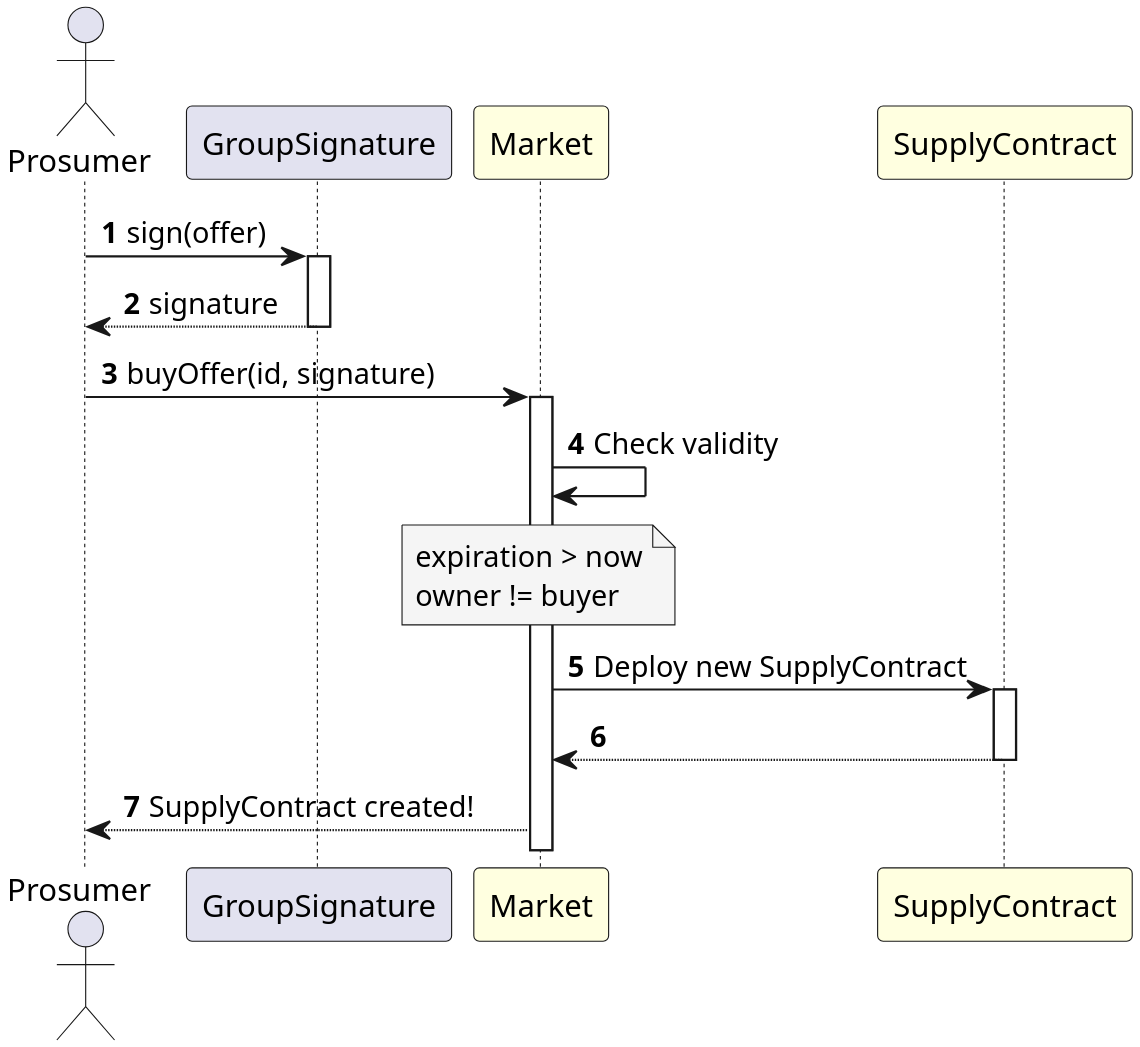
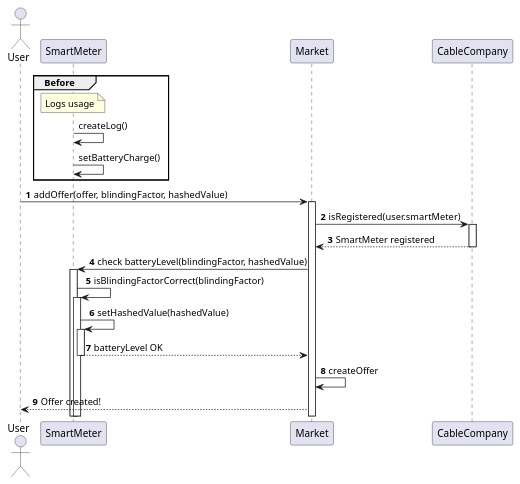
Before and after one commit to antonoeschmidt/SmartGridEmpowered: the diagram in docs/buyOffer.puml, drawn with PlantUML. The commit also changed 13 other files, not shown here.

```diff
--- a/docs/buyOffer.puml
+++ b/docs/buyOffer.puml
@@ -1,25 +1,30 @@
-@startuml BuyOffer
-actor Prosumer
-participant GroupSignature
-participant Market #LightYellow
-participant SupplyContract #LightYellow
+@startuml AddOffer
+actor User
+participant SmartMeter
+participant Market
+participant CableCompany
 
-skinparam dpi 300
+skinparam responseMessageBelowArrow true
+
+group Before
+    note over SmartMeter: Logs usage
+    SmartMeter -> SmartMeter: createLog()
+
+    SmartMeter -> SmartMeter: setBatteryCharge()
+end group
 
 autonumber
+User -> Market ++: addOffer(offer, blindingFactor, hashedValue)
 
-Prosumer -> GroupSignature ++: sign(offer)
-GroupSignature --> Prosumer --: signature
+Market -> CableCompany ++: isRegistered(user.smartMeter)
+CableCompany --> Market --: SmartMeter registered
 
-Prosumer -> Market ++: buyOffer(id, signature)
-Market -> Market: Check validity
-note over Market #WhiteSmoke
-expiration > now
-owner != buyer
-end note
+Market -> SmartMeter ++: check batteryLevel(blindingFactor, hashedValue)
+SmartMeter -> SmartMeter ++: isBlindingFactorCorrect(blindingFactor)
+SmartMeter -> SmartMeter ++: setHashedValue(hashedValue)
+SmartMeter --> Market --: batteryLevel OK
 
-Market -> SupplyContract ++: Deploy new SupplyContract
-SupplyContract --> Market --:
+Market -> Market: createOffer
 
-Market --> Prosumer: SupplyContract created!
+Market --> User: Offer created!
 @enduml
```
